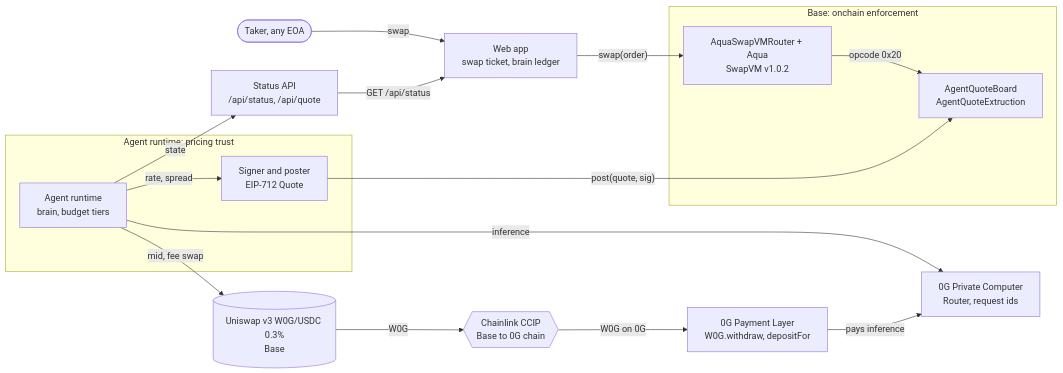
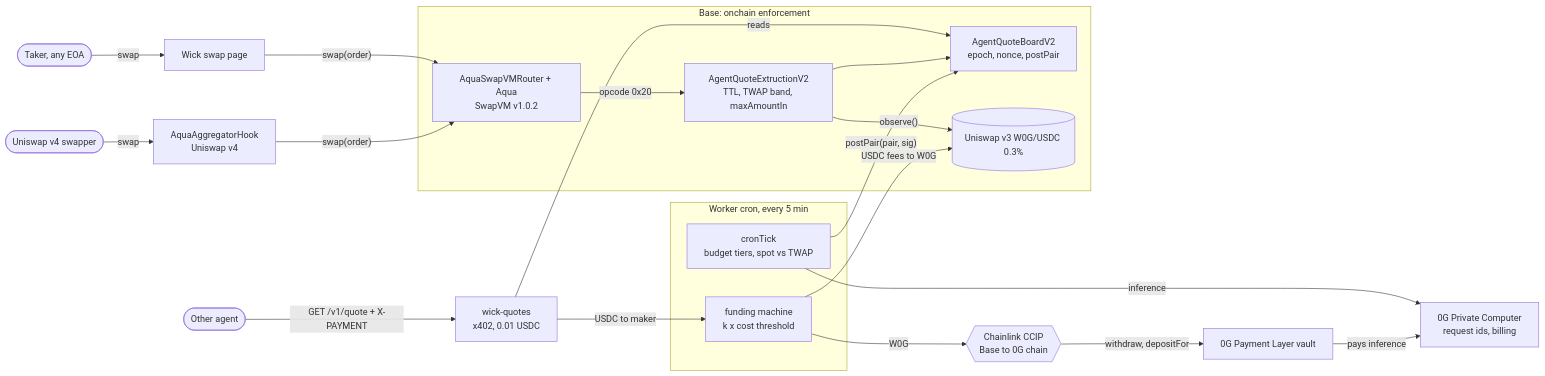
One commit to Sakibimam/wick changed the diagram in ARCHITECTURE.md. Above: the diagram before and after it, drawn with Mermaid. The commit also changed other lines of this file and 1 other file, not shown here.

Commit message:
docs: ARCHITECTURE.md for the v2 system with a threat model (leaked key, stale quotes, slot0 push, router outage, CCIP delay, RPC 429, prompt injection, x402 replay) and a parameters table tied to spike and live measurements

````diff
--- a/ARCHITECTURE.md
+++ b/ARCHITECTURE.md
@@ -5,22 +5,27 @@
 ```mermaid
 flowchart LR
-  taker([Taker, any EOA]) -->|swap| web[Web app<br/>swap ticket, brain ledger]
+  taker([Taker, any EOA]) -->|swap| web[Wick swap page]
+  v4([Uniswap v4 swapper]) -->|swap| hook[AquaAggregatorHook<br/>Uniswap v4]
+  payer([Other agent]) -->|"GET /v1/quote + X-PAYMENT"| x402[wick-quotes<br/>x402, 0.01 USDC]
   web -->|"swap(order)"| aqua[AquaSwapVMRouter + Aqua<br/>SwapVM v1.0.2]
-  status[Status API<br/>/api/status, /api/quote] -->|GET /api/status| web
+  hook -->|"swap(order)"| aqua
+  x402 -->|reads| board
 
   subgraph base_enforce [Base: onchain enforcement]
-    aqua -->|opcode 0x20| board[AgentQuoteBoard<br/>AgentQuoteExtruction]
+    aqua -->|opcode 0x20| ext[AgentQuoteExtructionV2<br/>TTL, TWAP band, maxAmountIn]
+    ext --> board[AgentQuoteBoardV2<br/>epoch, nonce, postPair]
+    ext -->|"observe()"| uni[(Uniswap v3 W0G/USDC 0.3%)]
   end
 
-  subgraph agent [Agent runtime: pricing trust]
-    runtime[Agent runtime<br/>brain, budget tiers] -->|rate, spread| signer[Signer and poster<br/>EIP-712 Quote]
+  subgraph cron [Worker cron, every 5 min]
+    tick[cronTick<br/>budget tiers, spot vs TWAP] -->|"postPair(pair, sig)"| board
+    fund[funding machine<br/>k x cost threshold]
   end
 
-  signer -->|"post(quote, sig)"| board
-  runtime -->|state| status
-  runtime -->|inference| router[0G Private Computer<br/>Router, request ids]
-  runtime -->|mid, fee swap| uni[(Uniswap v3 W0G/USDC 0.3%<br/>Base)]
-  uni -->|W0G| ccip{{Chainlink CCIP<br/>Base to 0G chain}}
-  ccip -->|W0G on 0G| pay[0G Payment Layer<br/>W0G.withdraw, depositFor]
+  tick -->|inference| router[0G Private Computer<br/>request ids, billing]
+  fund -->|USDC fees to W0G| uni
+  fund -->|W0G| ccip{{Chainlink CCIP<br/>Base to 0G chain}}
+  ccip -->|"withdraw, depositFor"| pay[0G Payment Layer vault]
   pay -->|pays inference| router
+  x402 -->|USDC to maker| fund
 ```
````
